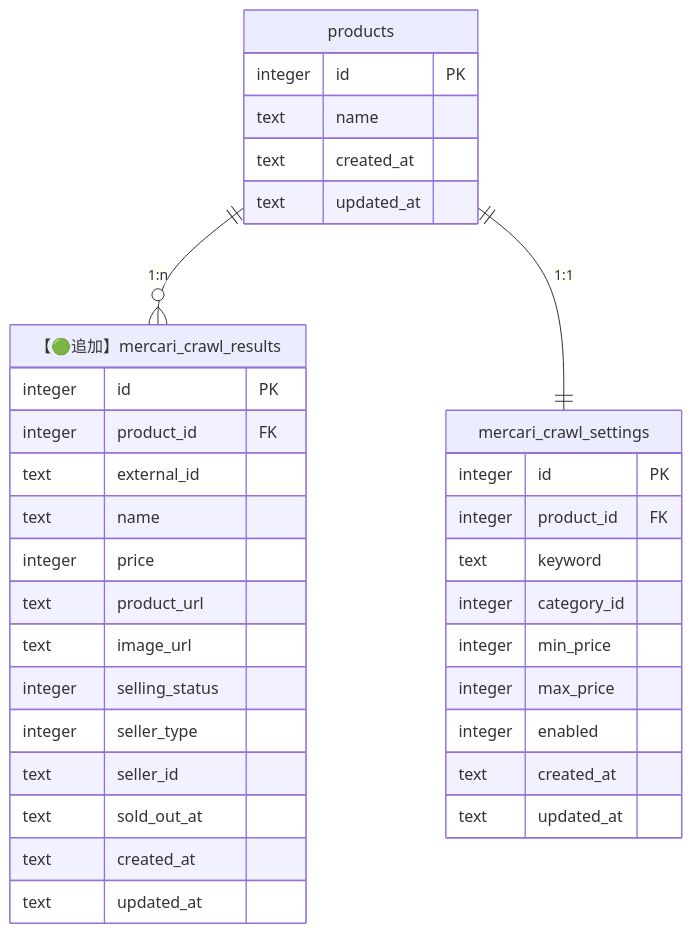
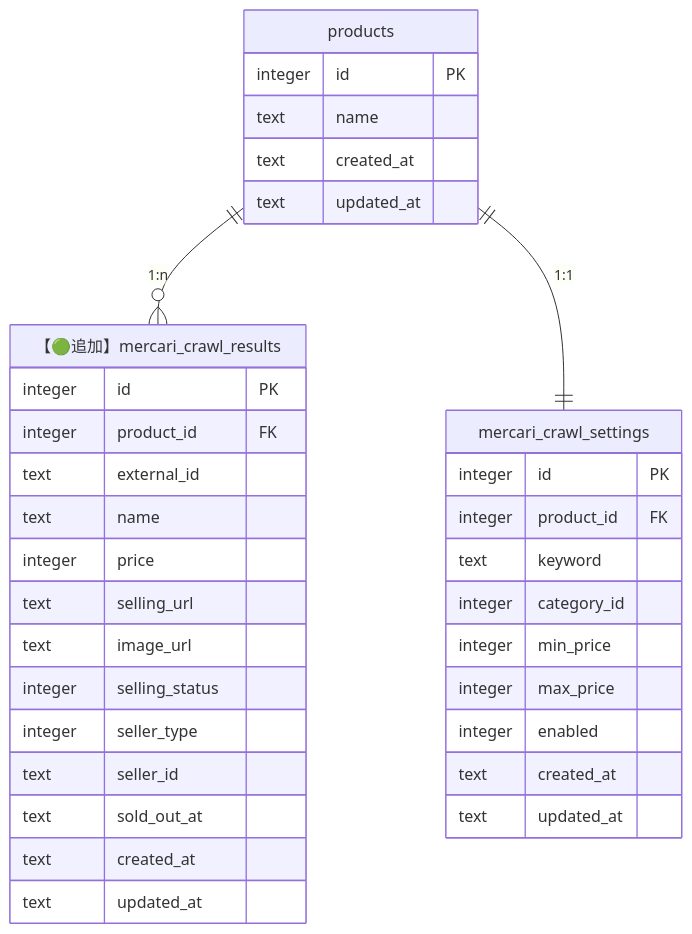
Before and after one commit to kuroweb/crawlflare: the first of 4 diagrams in docs/plan/REQ-0001_scraping-implementation/detailed-design.md, drawn with Mermaid. The commit also changed other lines of this file and 1 other file, not shown here.

````diff
--- a/docs/plan/REQ-0001_scraping-implementation/detailed-design.md
+++ b/docs/plan/REQ-0001_scraping-implementation/detailed-design.md
@@ -47,37 +47,37 @@
 ```mermaid
 erDiagram
   products {
     integer id PK
     text name
     text created_at
     text updated_at
   }
   mercari_crawl_settings {
     integer id PK
     integer product_id FK
     text keyword
     integer category_id
     integer min_price
     integer max_price
     integer enabled
     text created_at
     text updated_at
   }
   mercari_crawl_results["【🟢追加】mercari_crawl_results"] {
     integer id PK
     integer product_id FK
     text external_id
     text name
     integer price
-    text product_url
+    text selling_url
     text image_url
     integer selling_status
     integer seller_type
     text seller_id
     text sold_out_at
     text created_at
     text updated_at
   }
   products ||--o{ mercari_crawl_results : "1:n"
   products ||--|| mercari_crawl_settings : "1:1"
 ```
````
